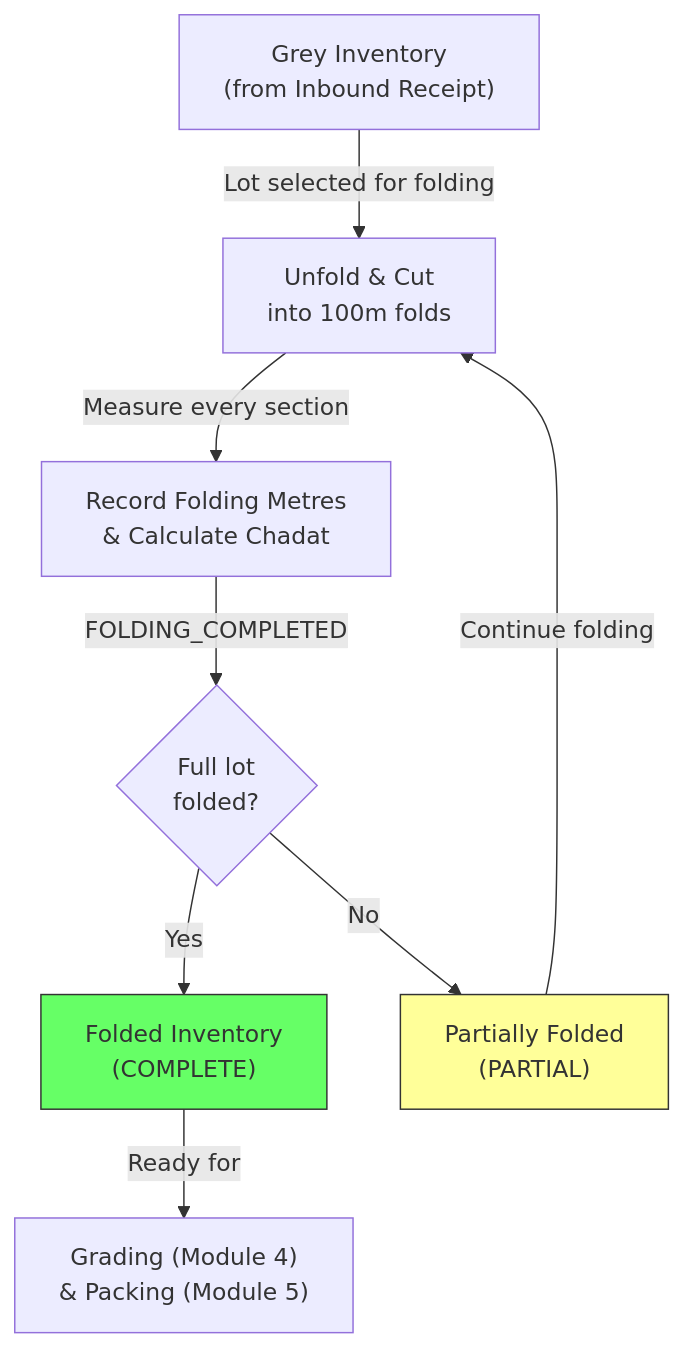
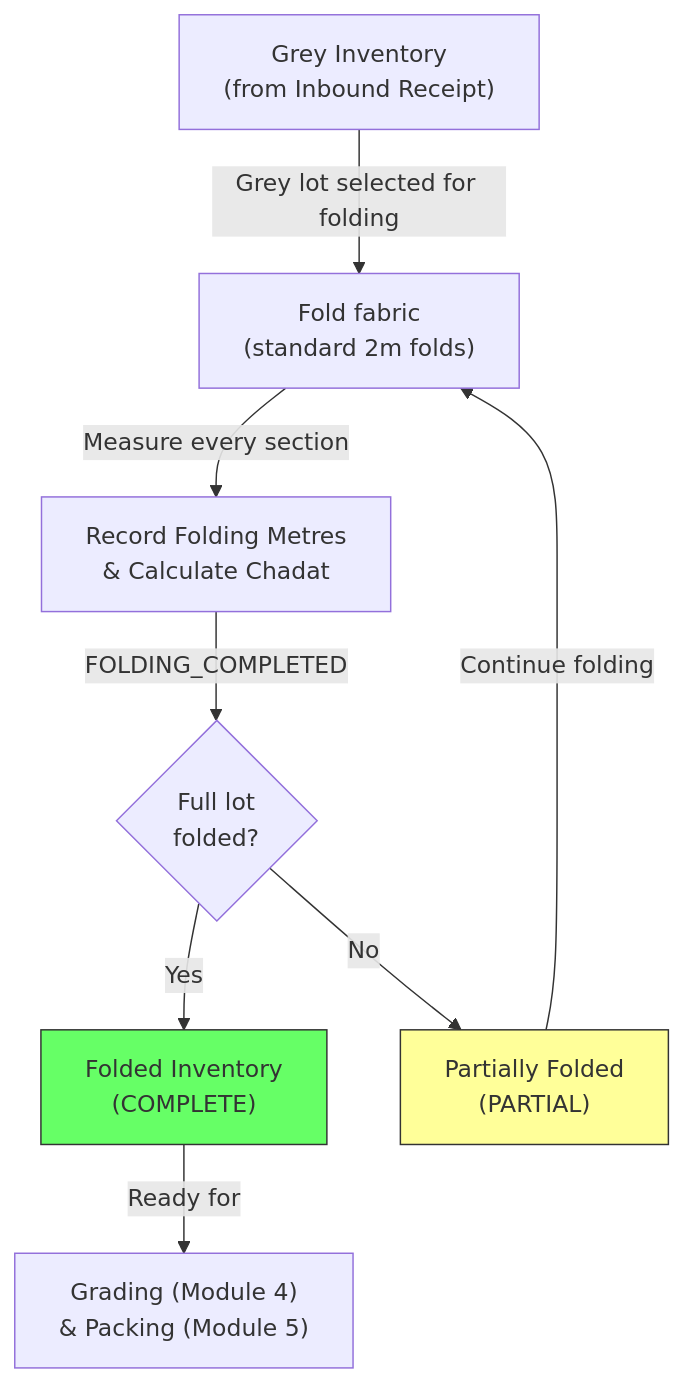
The diagram in 40-solution-design/rg-faith-miroli/03-folding-measurement.md (jetbrodocs/docs-rg-faith), drawn with Mermaid before and after one commit. The commit also changed other lines of this file and 19 other files, not shown here.

````diff
--- a/40-solution-design/rg-faith-miroli/03-folding-measurement.md
+++ b/40-solution-design/rg-faith-miroli/03-folding-measurement.md
@@ -238,13 +235,13 @@
 ```mermaid
 flowchart TD
-    A["Grey Inventory\n(from Inbound Receipt)"] -->|"Lot selected for folding"| B["Unfold & Cut\ninto 100m folds"]
+    A["Grey Inventory\n(from Inbound Receipt)"] -->|"Grey lot selected for folding"| B["Fold fabric\n(standard 2m folds)"]
     B -->|"Measure every section"| C["Record Folding Metres\n& Calculate Chadat"]
     C -->|FOLDING_COMPLETED| D{"Full lot\nfolded?"}
     D -->|"Yes"| E["Folded Inventory\n(COMPLETE)"]
     D -->|"No"| F["Partially Folded\n(PARTIAL)"]
     F -->|"Continue folding"| B
     E -->|"Ready for"| G["Grading (Module 4)\n& Packing (Module 5)"]
 
     style E fill:#6f6,stroke:#333
     style F fill:#ff9,stroke:#333
 ```
````
